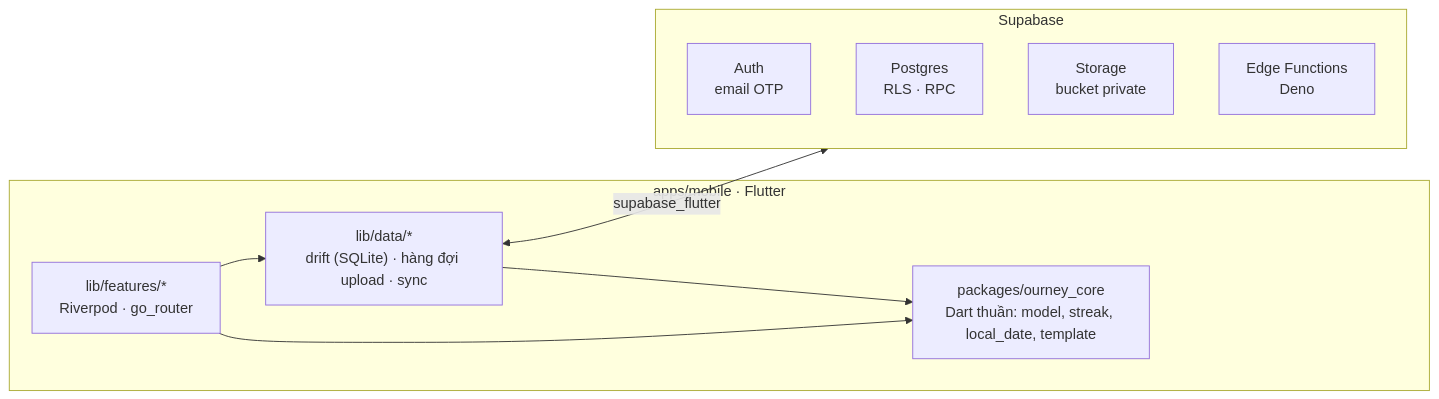
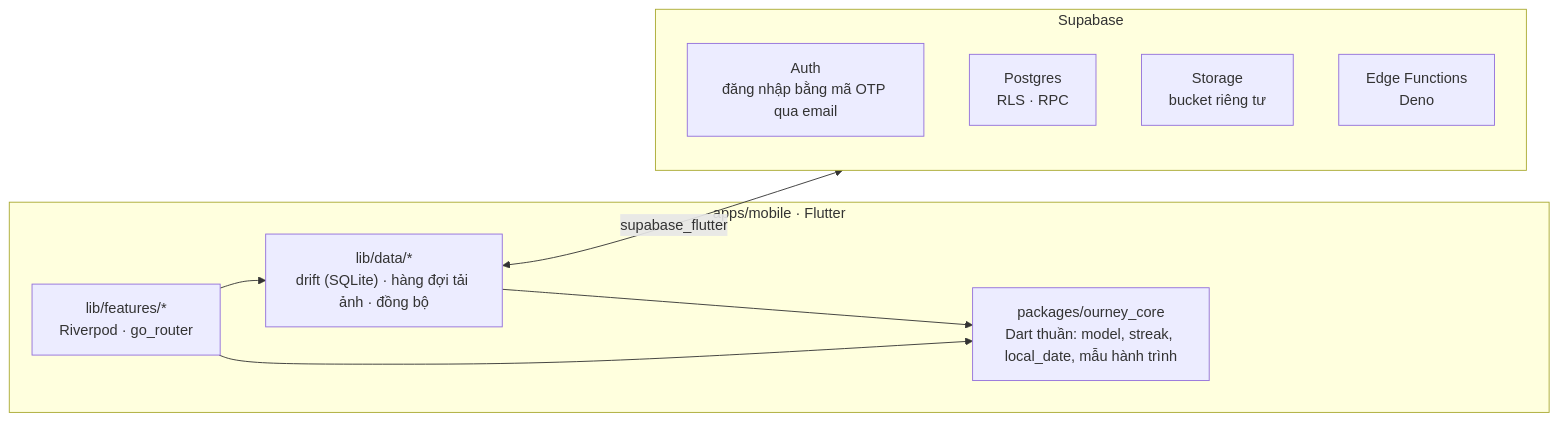
The diagram in README.md (hofang42/Ourney), drawn with Mermaid before and after one commit. The commit also changed other lines of this file, not shown here.

````diff
--- a/README.md
+++ b/README.md
@@ -84,18 +71,18 @@
 ```mermaid
 flowchart LR
   subgraph app["apps/mobile · Flutter"]
     features["lib/features/*<br/>Riverpod · go_router"]
-    data["lib/data/*<br/>drift (SQLite) · hàng đợi upload · sync"]
-    core["packages/ourney_core<br/>Dart thuần: model, streak, local_date, template"]
+    data["lib/data/*<br/>drift (SQLite) · hàng đợi tải ảnh · đồng bộ"]
+    core["packages/ourney_core<br/>Dart thuần: model, streak, local_date, mẫu hành trình"]
     features --> data
     features --> core
     data --> core
   end
   subgraph supabase["Supabase"]
-    auth["Auth<br/>email OTP"]
+    auth["Auth<br/>đăng nhập bằng mã OTP qua email"]
     db["Postgres<br/>RLS · RPC"]
-    storage["Storage<br/>bucket private"]
+    storage["Storage<br/>bucket riêng tư"]
     functions["Edge Functions<br/>Deno"]
   end
   data <-->|supabase_flutter| supabase
 ```
````
